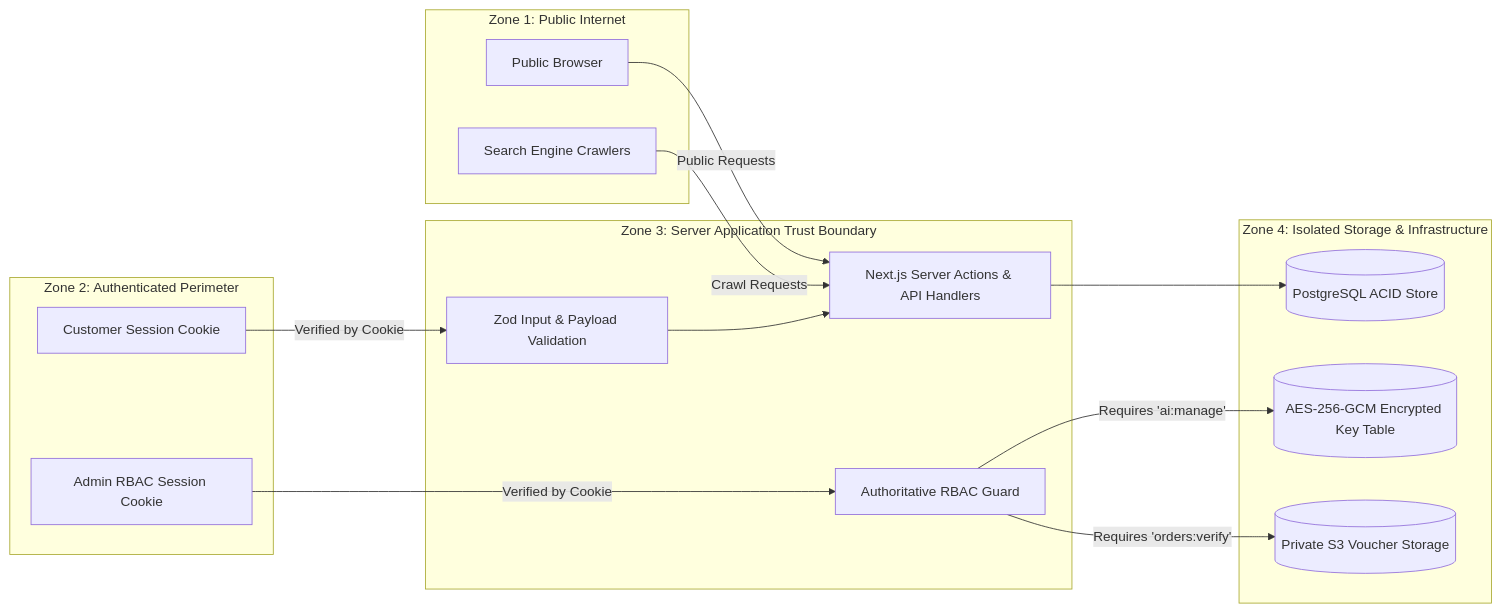
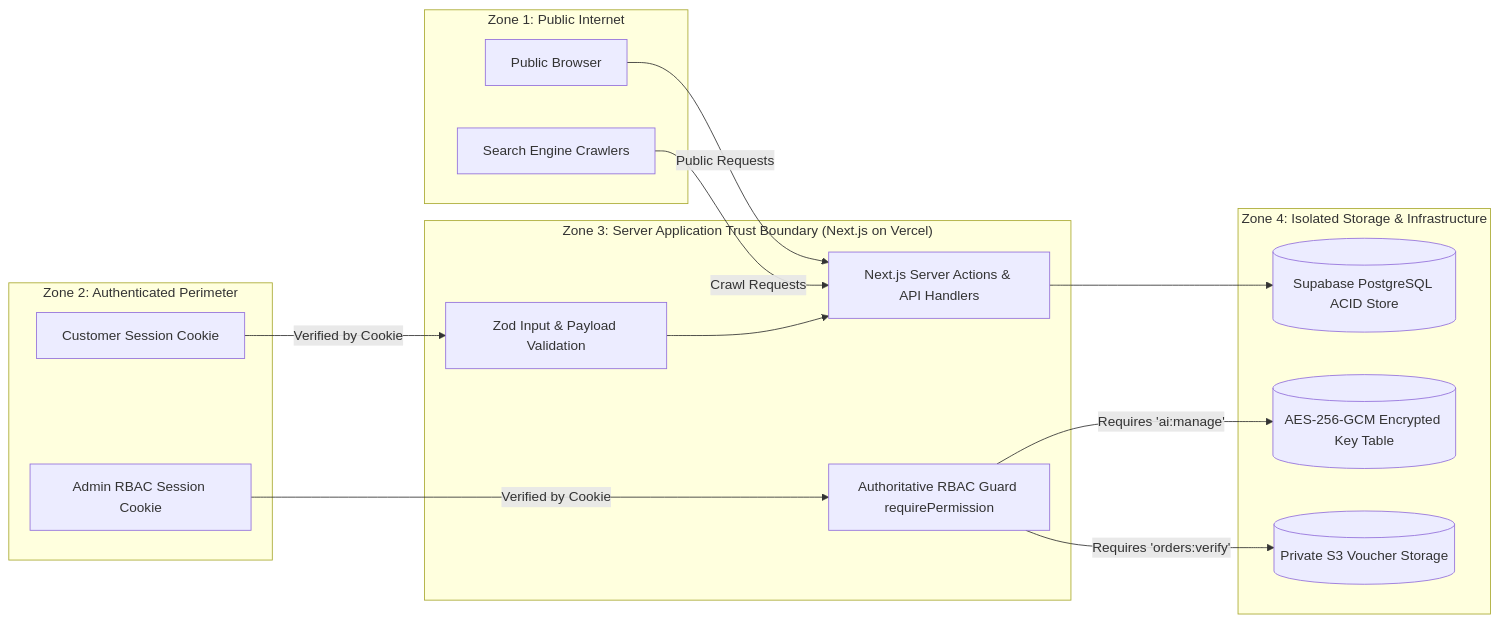
Before and after one commit to SaeBryxn/GamerPeru-Vercel: the second of 2 diagrams in docs/architecture/TECHNOLOGY_ARCHITECTURE.md, drawn with Mermaid. The commit also changed other lines of this file and 9 other files, not shown here.

````diff
--- a/docs/architecture/TECHNOLOGY_ARCHITECTURE.md
+++ b/docs/architecture/TECHNOLOGY_ARCHITECTURE.md
@@ -134,34 +140,34 @@
 ```mermaid
 graph LR
     subgraph "Zone 1: Public Internet"
         Browser[Public Browser]
         Bot[Search Engine Crawlers]
     end
     
     subgraph "Zone 2: Authenticated Perimeter"
         CustSession[Customer Session Cookie]
         AdminSession[Admin RBAC Session Cookie]
     end
     
-    subgraph "Zone 3: Server Application Trust Boundary"
+    subgraph "Zone 3: Server Application Trust Boundary (Next.js on Vercel)"
         AppServer[Next.js Server Actions & API Handlers]
         ZodValidator[Zod Input & Payload Validation]
-        RBACGuard[Authoritative RBAC Guard]
+        RBACGuard[Authoritative RBAC Guard requirePermission]
     end
     
     subgraph "Zone 4: Isolated Storage & Infrastructure"
-        DB[(PostgreSQL ACID Store)]
+        SupabaseDB[(Supabase PostgreSQL ACID Store)]
         Vault[(AES-256-GCM Encrypted Key Table)]
         PrivateProofs[(Private S3 Voucher Storage)]
     end
     
     Browser -->|Public Requests| AppServer
     Bot -->|Crawl Requests| AppServer
     CustSession -->|Verified by Cookie| ZodValidator
     AdminSession -->|Verified by Cookie| RBACGuard
     
     RBACGuard -->|Requires 'orders:verify'| PrivateProofs
     RBACGuard -->|Requires 'ai:manage'| Vault
     ZodValidator --> AppServer
-    AppServer --> DB
+    AppServer --> SupabaseDB
 ```
````
